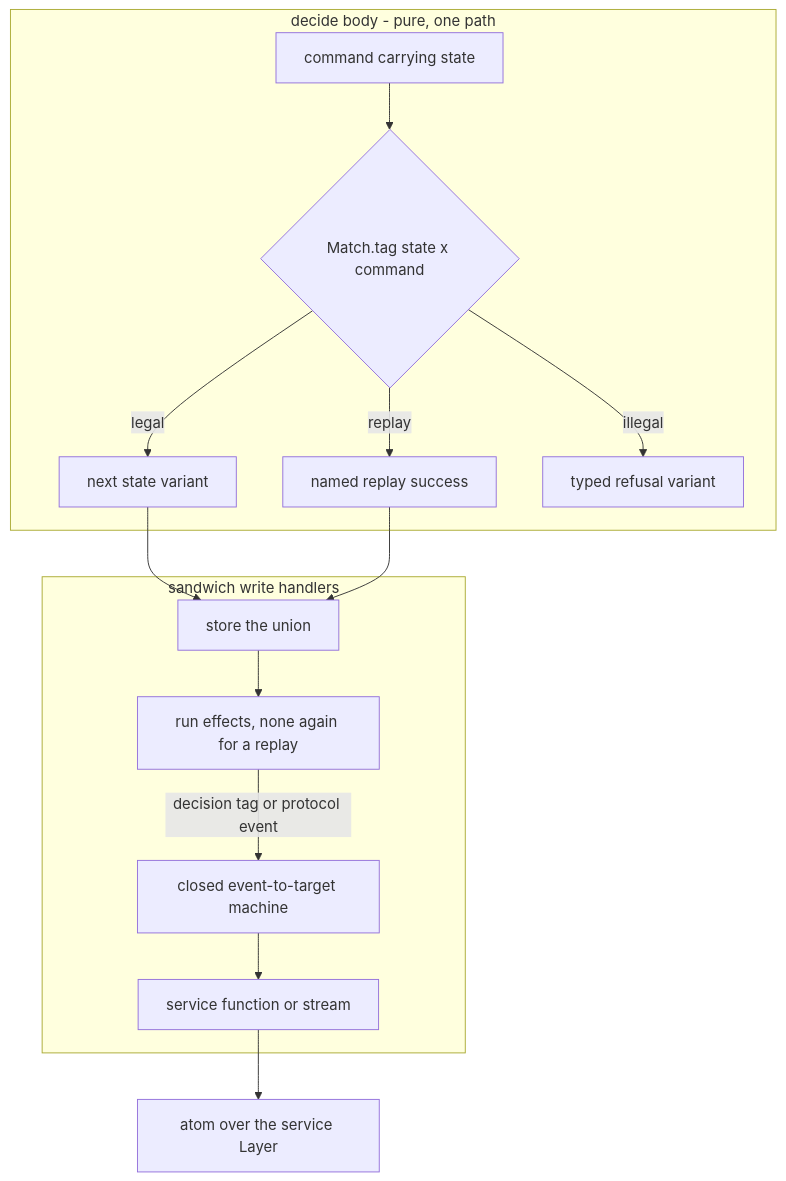
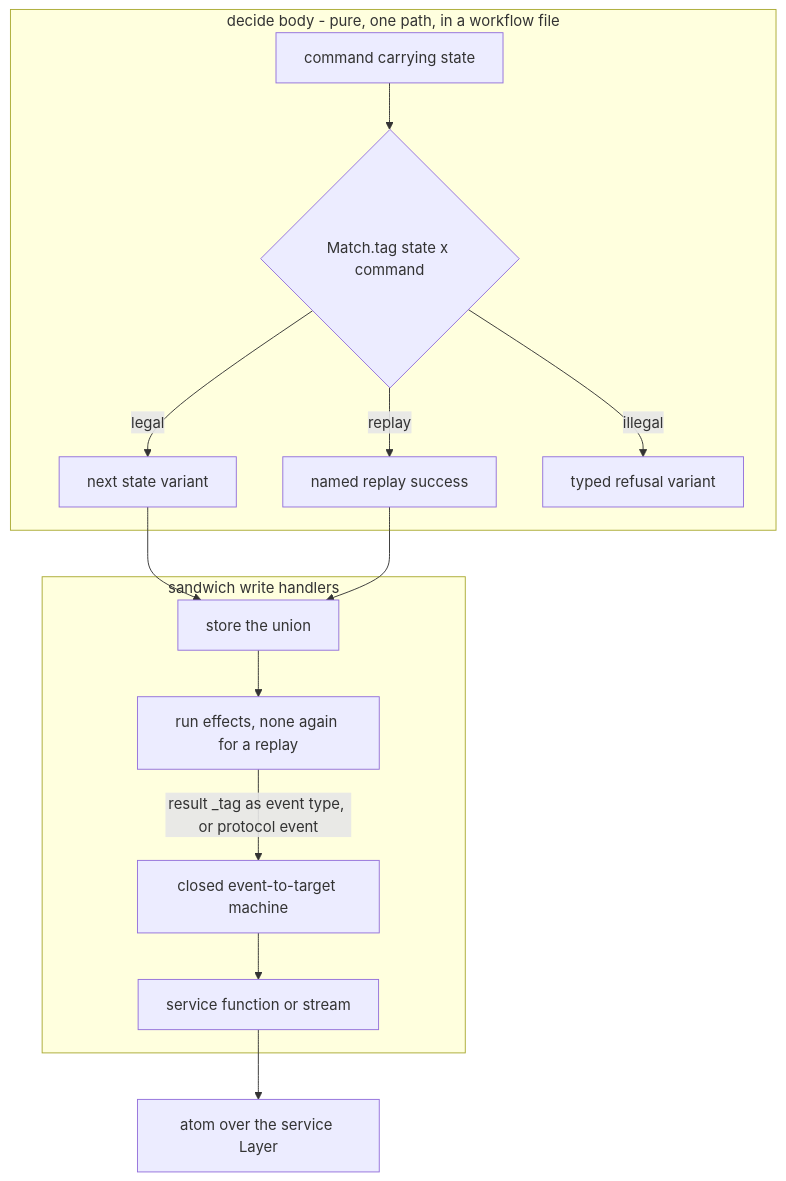
The second of 3 diagrams in docs/plans/2026-10-12-1722-feat-decision-machine-placement-plan.md (systemfsoftware/systemfsoftware), drawn with Mermaid before and after one commit. The commit also changed other lines of this file, not shown here.

Commit message:
docs(plans): revise decision-machine placement for single mutation owner, provenance gate and Turbo verification

````diff
--- a/docs/plans/2026-10-12-1722-feat-decision-machine-placement-plan.md
+++ b/docs/plans/2026-10-12-1722-feat-decision-machine-placement-plan.md
@@ -202,17 +238,17 @@
 ```mermaid
 flowchart TB
-  subgraph core[decide body - pure, one path]
+  subgraph core[decide body - pure, one path, in a workflow file]
     CMD[command carrying state] --> MT{Match.tag state x command}
     MT -->|legal| NX[next state variant]
     MT -->|replay| RS[named replay success]
     MT -->|illegal| RF[typed refusal variant]
   end
   subgraph shell[sandwich write handlers]
     ST[store the union] --> EF[run effects, none again for a replay]
-    EF -->|decision tag or protocol event| SM[closed event-to-target machine]
+    EF -->|result _tag as event type, or protocol event| SM[closed event-to-target machine]
     SM --> SF[service function or stream]
   end
   NX --> ST
   RS --> ST
   SF --> AT[atom over the service Layer]
 ```
````
